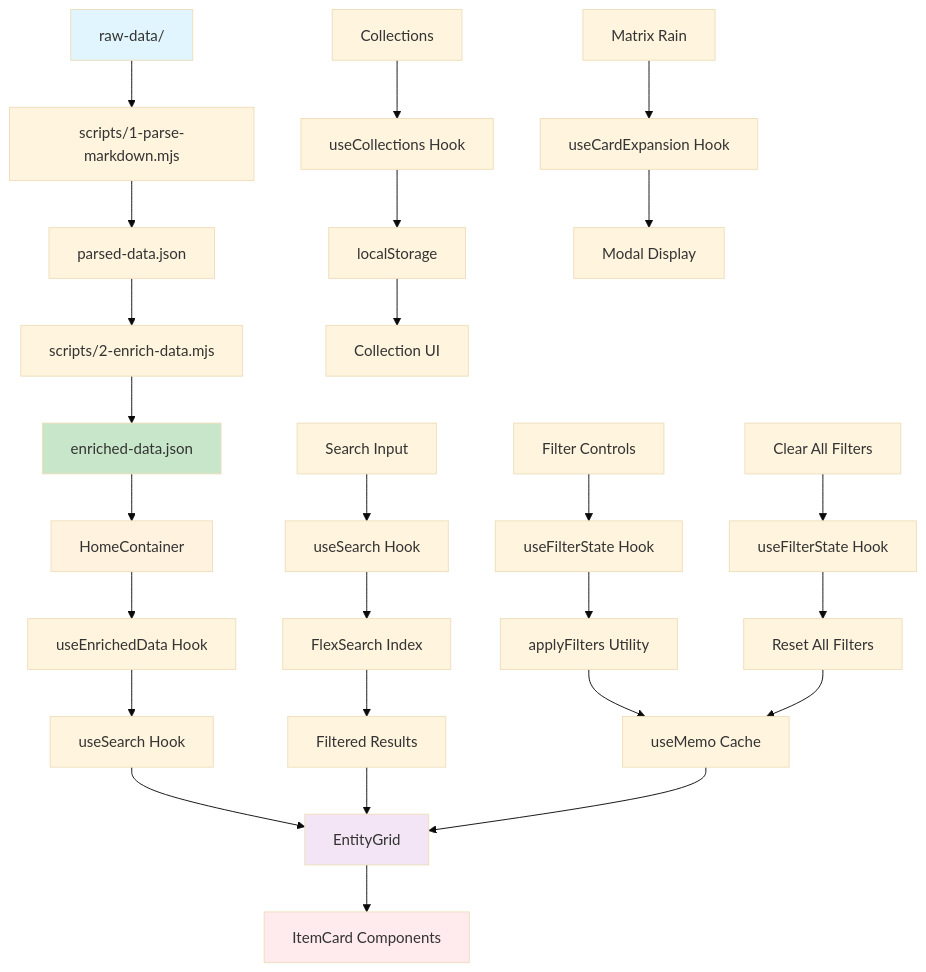
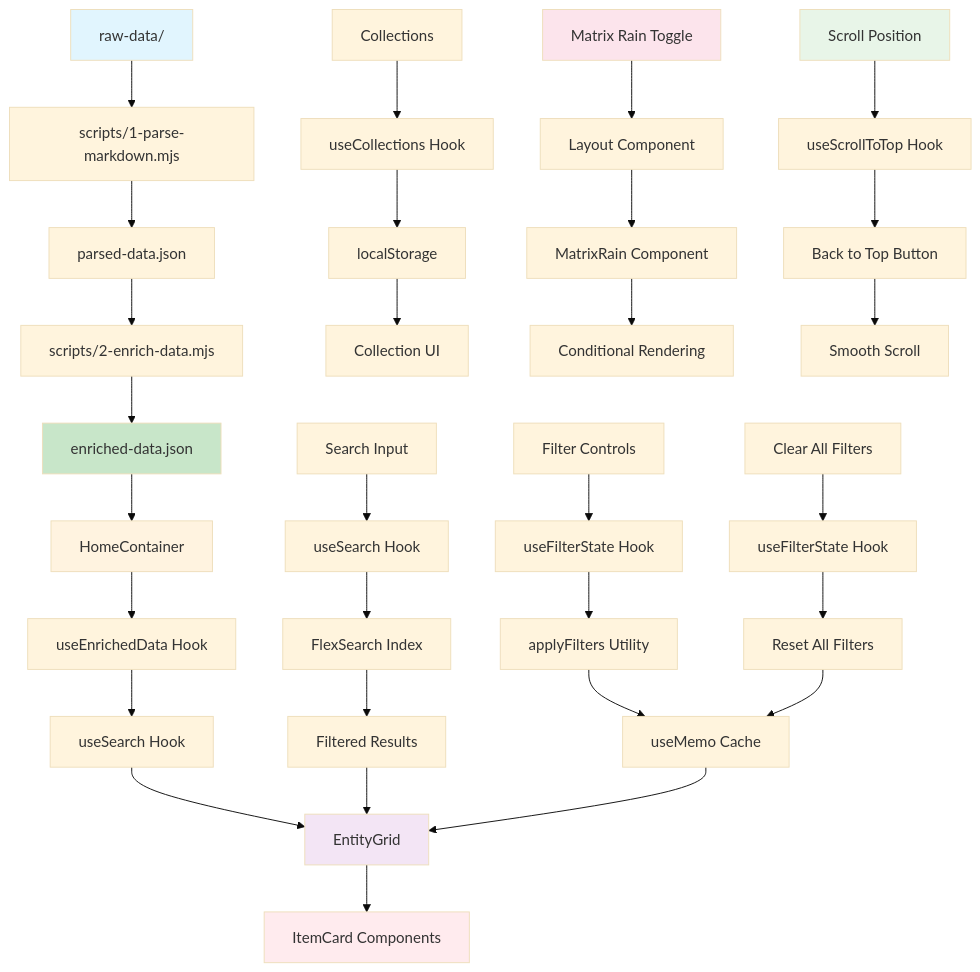
Before and after one commit to AustroMelee/Austros-ATLA-World: the first of 18 diagrams in docs/data flow.md, drawn with Mermaid (base theme). The commit also changed other lines of this file and 132 other files, not shown here.

````diff
--- a/docs/data flow.md
+++ b/docs/data flow.md
@@ -9,39 +9,46 @@
 ```mermaid
 graph TD
     A[raw-data/] --> B[scripts/1-parse-markdown.mjs]
     B --> C[parsed-data.json]
     C --> D[scripts/2-enrich-data.mjs]
     D --> E[enriched-data.json]
     E --> F[HomeContainer]
     F --> G[useEnrichedData Hook]
     G --> H[useSearch Hook]
     H --> I[EntityGrid]
     I --> J[ItemCard Components]
     
     K[Search Input] --> L[useSearch Hook]
     L --> M[FlexSearch Index]
     M --> N[Filtered Results]
     N --> I
     
     O[Filter Controls] --> P[useFilterState Hook]
     P --> Q[applyFilters Utility]
     Q --> R[useMemo Cache]
     R --> I
     
     S[Clear All Filters] --> T[useFilterState Hook]
     T --> U[Reset All Filters]
     U --> R
     
     V[Collections] --> W[useCollections Hook]
     W --> X[localStorage]
     X --> Y[Collection UI]
     
-    Z[Matrix Rain] --> AA[useCardExpansion Hook]
-    AA --> BB[Modal Display]
+    Z[Matrix Rain Toggle] --> AA[Layout Component]
+    AA --> BB[MatrixRain Component]
+    BB --> CC[Conditional Rendering]
+    
+    DD[Scroll Position] --> EE[useScrollToTop Hook]
+    EE --> FF[Back to Top Button]
+    FF --> GG[Smooth Scroll]
     
     style A fill:#e1f5fe
     style E fill:#c8e6c9
     style F fill:#fff3e0
     style I fill:#f3e5f5
     style J fill:#ffebee
+    style Z fill:#fce4ec
+    style DD fill:#e8f5e8
 ```
````
